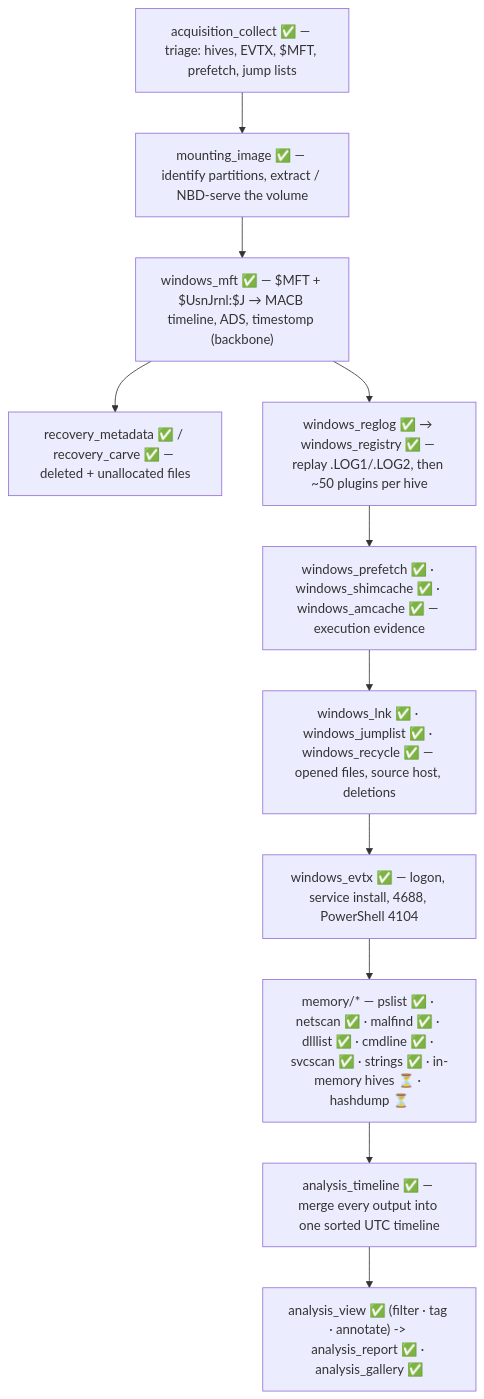
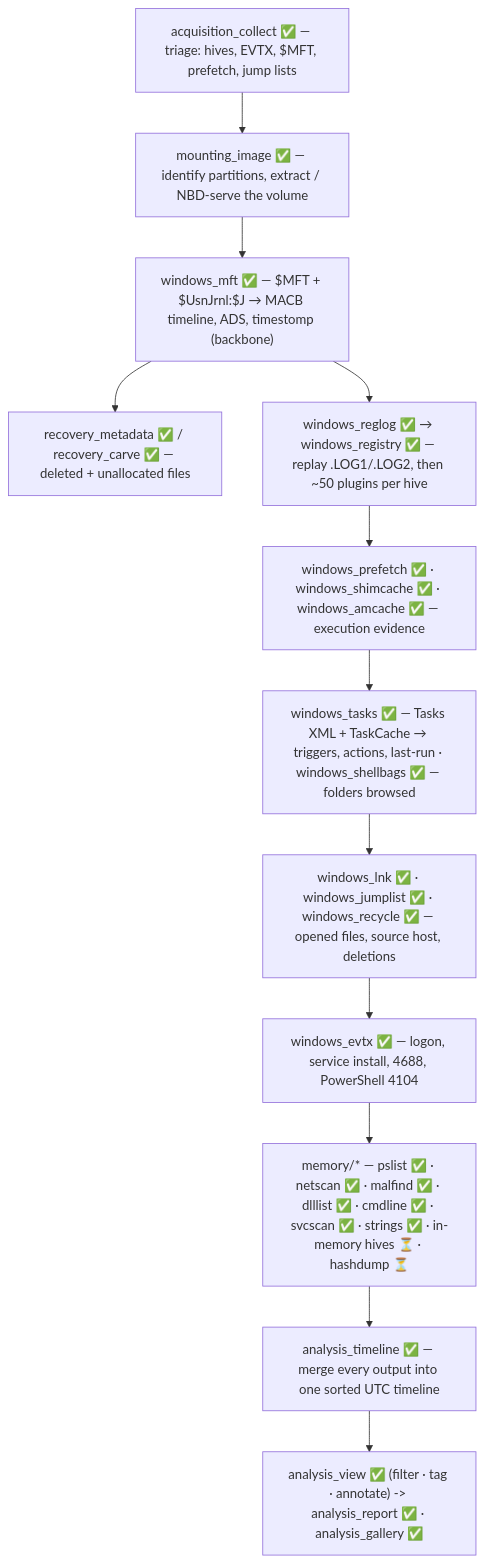
The second of 4 diagrams in README.md (mostafaimam/Forensics-Tools), drawn with Mermaid before and after one commit. The commit also changed other lines of this file, not shown here.

First line of the commit message:
README: mark the 10 new linux/ + windows tools as v0.1

````diff
--- a/README.md
+++ b/README.md
@@ -300,13 +302,14 @@
 ```mermaid
 flowchart TD
     A["acquisition_collect ✅ — triage: hives, EVTX, $MFT, prefetch, jump lists"] --> B["mounting_image ✅ — identify partitions, extract / NBD-serve the volume"]
     B --> C["windows_mft ✅ — $MFT + $UsnJrnl:$J → MACB timeline, ADS, timestomp (backbone)"]
     C --> RC["recovery_metadata ✅ / recovery_carve ✅ — deleted + unallocated files"]
     C --> D["windows_reglog ✅ → windows_registry ✅ — replay .LOG1/.LOG2, then ~50 plugins per hive"]
     D --> E["windows_prefetch ✅ · windows_shimcache ✅ · windows_amcache ✅ — execution evidence"]
-    E --> F["windows_lnk ✅ · windows_jumplist ✅ · windows_recycle ✅ — opened files, source host, deletions"]
+    E --> TS["windows_tasks ✅ — Tasks XML + TaskCache → triggers, actions, last-run · windows_shellbags ✅ — folders browsed"]
+    TS --> F["windows_lnk ✅ · windows_jumplist ✅ · windows_recycle ✅ — opened files, source host, deletions"]
     F --> G["windows_evtx ✅ — logon, service install, 4688, PowerShell 4104"]
     G --> H["memory/* — pslist ✅ · netscan ✅ · malfind ✅ · dlllist ✅ · cmdline ✅ · svcscan ✅ · strings ✅ · in-memory hives ⏳ · hashdump ⏳"]
     H --> I["analysis_timeline ✅ — merge every output into one sorted UTC timeline"]
     I --> J["analysis_view ✅ (filter · tag · annotate) -> analysis_report ✅ · analysis_gallery ✅"]
 ```
````
